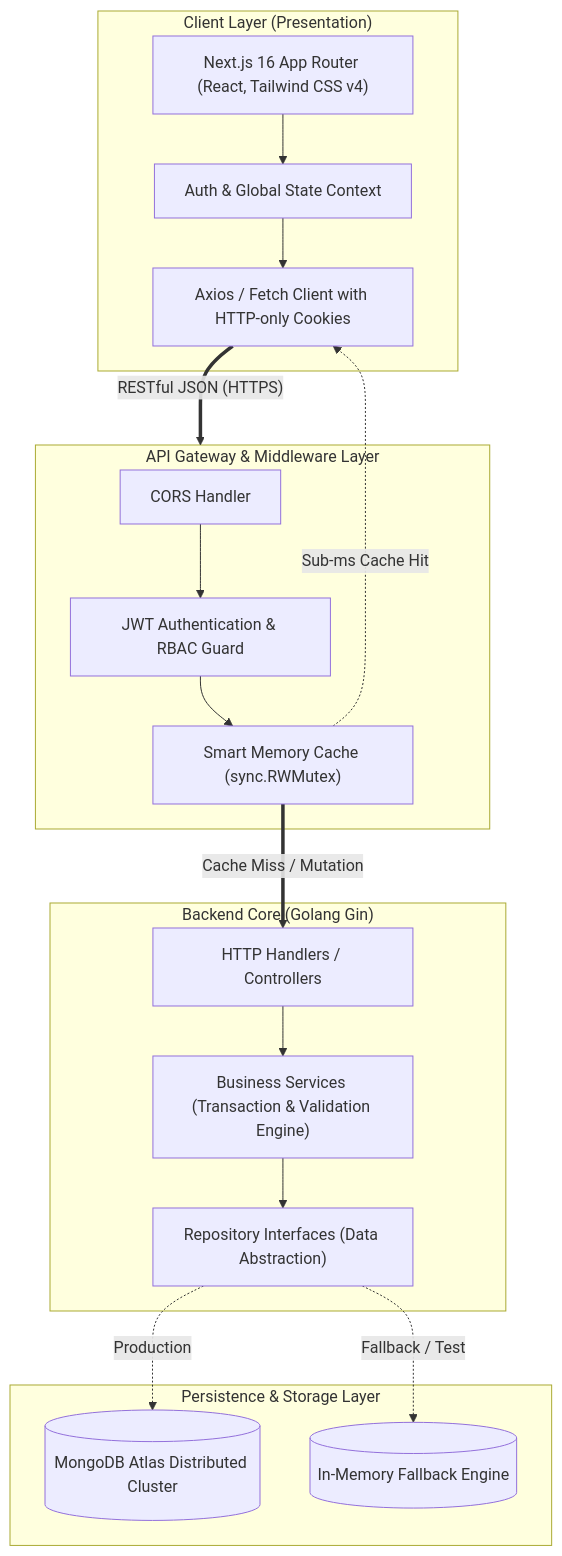
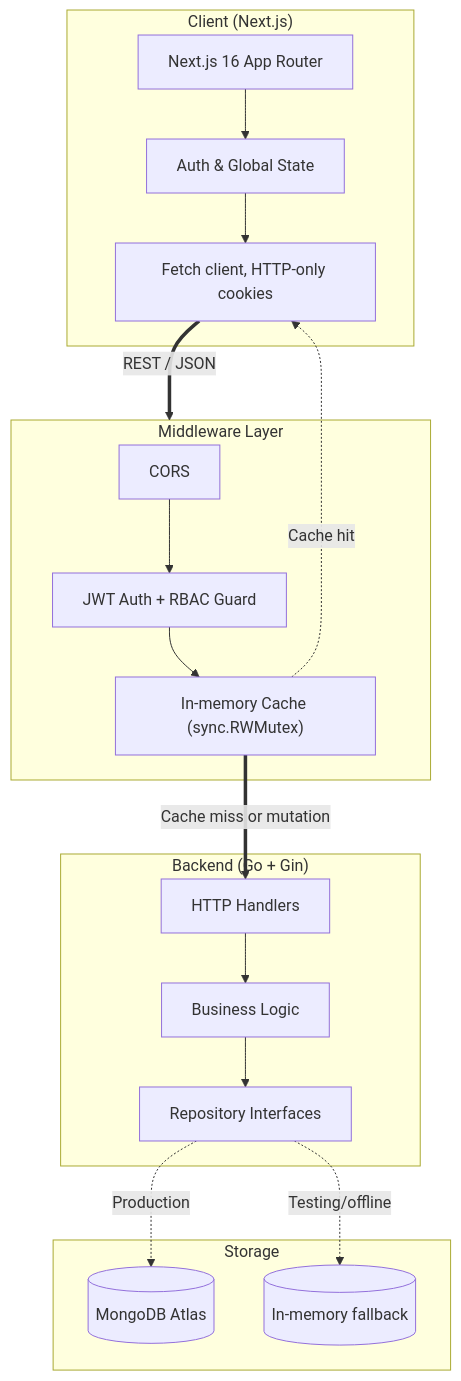
The first of 2 diagrams in README.md (RPriago/stockFlow), drawn with Mermaid before and after one commit. The commit also changed other lines of this file, not shown here.

````diff
--- a/README.md
+++ b/README.md
@@ -52,37 +34,34 @@
 ```mermaid
 flowchart TD
-    subgraph ClientLayer ["Client Layer (Presentation)"]
-        UI["Next.js 16 App Router (React, Tailwind CSS v4)"]
-        State["Auth & Global State Context"]
-        ApiClient["Axios / Fetch Client with HTTP-only Cookies"]
+    subgraph ClientLayer ["Client (Next.js)"]
+        UI["Next.js 16 App Router"]
+        State["Auth & Global State"]
+        ApiClient["Fetch client, HTTP-only cookies"]
         UI --> State --> ApiClient
     end
 
-    subgraph SecurityGateway ["API Gateway & Middleware Layer"]
-        CORS["CORS Handler"]
-        AuthMiddleware["JWT Authentication & RBAC Guard"]
-        CacheMiddleware["Smart Memory Cache (sync.RWMutex)"]
+    subgraph Gateway ["Middleware Layer"]
+        CORS["CORS"]
+        AuthMiddleware["JWT Auth + RBAC Guard"]
+        CacheMiddleware["In-memory Cache (sync.RWMutex)"]
         CORS --> AuthMiddleware --> CacheMiddleware
     end
 
-    subgraph BackendCore ["Backend Core (Golang Gin)"]
-        Handlers["HTTP Handlers / Controllers"]
-        Services["Business Services (Transaction & Validation Engine)"]
-        Repos["Repository Interfaces (Data Abstraction)"]
-        
-        Handlers --> Services
-        Services --> Repos
+    subgraph BackendCore ["Backend (Go + Gin)"]
+        Handlers["HTTP Handlers"]
+        Services["Business Logic"]
+        Repos["Repository Interfaces"]
+        Handlers --> Services --> Repos
     end
 
-    subgraph StorageLayer ["Persistence & Storage Layer"]
-        MongoDB[("MongoDB Atlas Distributed Cluster")]
-        MemRepo[("In-Memory Fallback Engine")]
-        
+    subgraph StorageLayer ["Storage"]
+        MongoDB[("MongoDB Atlas")]
+        MemRepo[("In-memory fallback")]
         Repos -. Production .-> MongoDB
-        Repos -. Fallback / Test .-> MemRepo
+        Repos -. Testing/offline .-> MemRepo
     end
 
-    ApiClient ==>|"RESTful JSON (HTTPS)"| SecurityGateway
-    CacheMiddleware ==>|"Cache Miss / Mutation"| Handlers
-    CacheMiddleware -.->|"Sub-ms Cache Hit"| ApiClient
+    ApiClient ==>|"REST / JSON"| Gateway
+    CacheMiddleware ==>|"Cache miss or mutation"| Handlers
+    CacheMiddleware -.->|"Cache hit"| ApiClient
 ```
````
